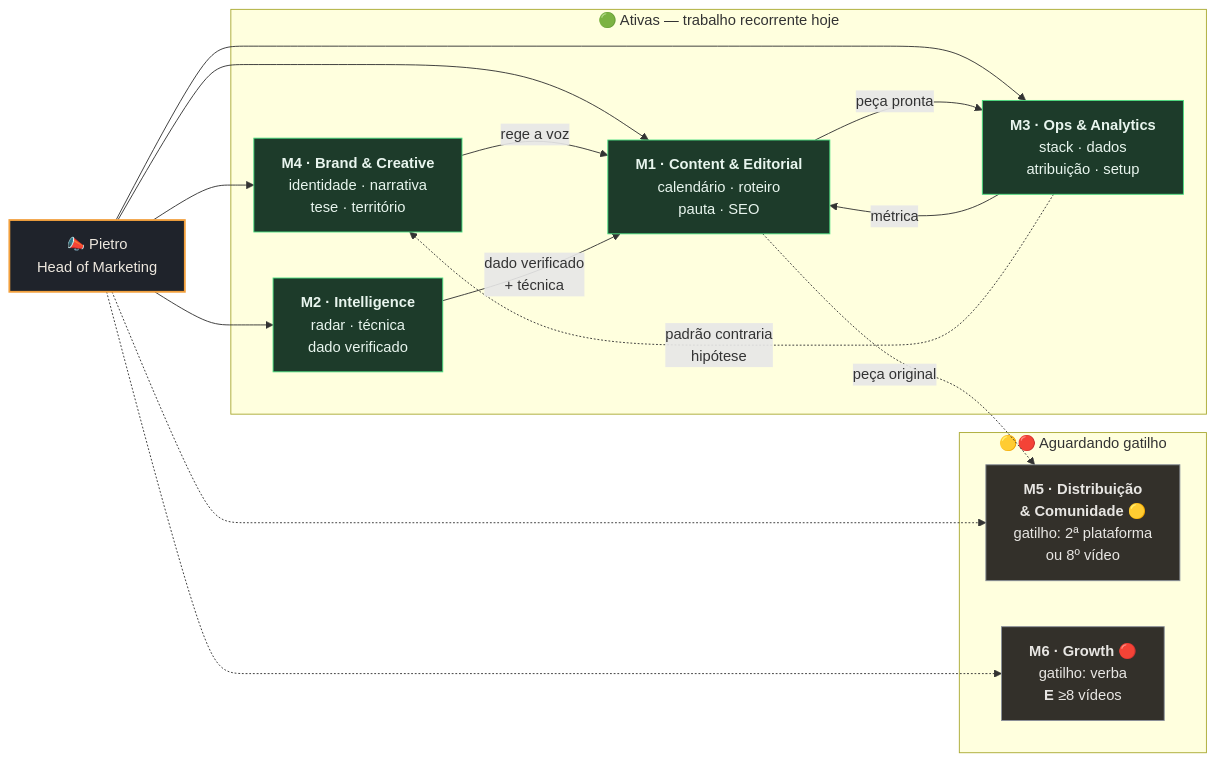
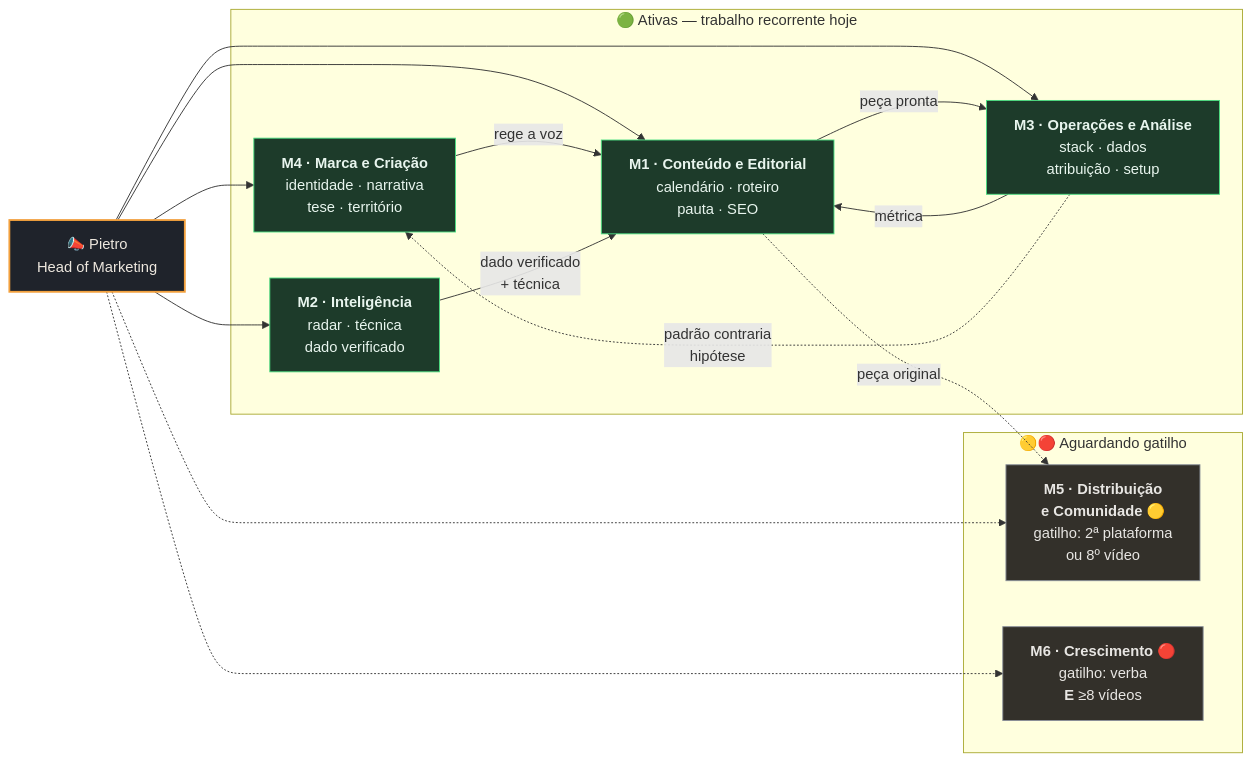
The second of 3 diagrams in docs/organograma.md (emersontrindade45-debug/hive_emerson), drawn with Mermaid before and after one commit. The commit also changed other lines of this file and 3 other files, not shown here.

````diff
--- a/docs/organograma.md
+++ b/docs/organograma.md
@@ -83,33 +83,33 @@
 ```mermaid
 flowchart LR
     P["📣 Pietro<br/>Head of Marketing"]
 
     subgraph ATIVAS["🟢 Ativas — trabalho recorrente hoje"]
-        M4["<b>M4 · Brand &amp; Creative</b><br/>identidade · narrativa<br/>tese · território"]
-        M2["<b>M2 · Intelligence</b><br/>radar · técnica<br/>dado verificado"]
-        M1["<b>M1 · Content &amp; Editorial</b><br/>calendário · roteiro<br/>pauta · SEO"]
-        M3["<b>M3 · Ops &amp; Analytics</b><br/>stack · dados<br/>atribuição · setup"]
+        M4["<b>M4 · Marca e Criação</b><br/>identidade · narrativa<br/>tese · território"]
+        M2["<b>M2 · Inteligência</b><br/>radar · técnica<br/>dado verificado"]
+        M1["<b>M1 · Conteúdo e Editorial</b><br/>calendário · roteiro<br/>pauta · SEO"]
+        M3["<b>M3 · Operações e Análise</b><br/>stack · dados<br/>atribuição · setup"]
     end
 
     subgraph ESPERA["🟡🔴 Aguardando gatilho"]
-        M5["<b>M5 · Distribuição<br/>&amp; Comunidade</b> 🟡<br/>gatilho: 2ª plataforma<br/>ou 8º vídeo"]
-        M6["<b>M6 · Growth</b> 🔴<br/>gatilho: verba<br/><b>E</b> ≥8 vídeos"]
+        M5["<b>M5 · Distribuição<br/>e Comunidade</b> 🟡<br/>gatilho: 2ª plataforma<br/>ou 8º vídeo"]
+        M6["<b>M6 · Crescimento</b> 🔴<br/>gatilho: verba<br/><b>E</b> ≥8 vídeos"]
     end
 
     P --> M4 & M2 & M1 & M3
     P -.-> M5 & M6
 
     M4 -->|"rege a voz"| M1
     M2 -->|"dado verificado<br/>+ técnica"| M1
     M1 -->|"peça pronta"| M3
     M3 -->|"métrica"| M1
     M3 -.->|"padrão contraria<br/>hipótese"| M4
     M1 -.->|"peça original"| M5
 
     classDef head fill:#1F232B,stroke:#F2A03D,stroke-width:2px,color:#EDE7DE
     classDef ativa fill:#1d3b2a,stroke:#4ade80,color:#e8f5ee
     classDef espera fill:#33302a,stroke:#8A9099,color:#e8e6e3
     class P head
     class M1,M2,M3,M4 ativa
     class M5,M6 espera
 ```
````
